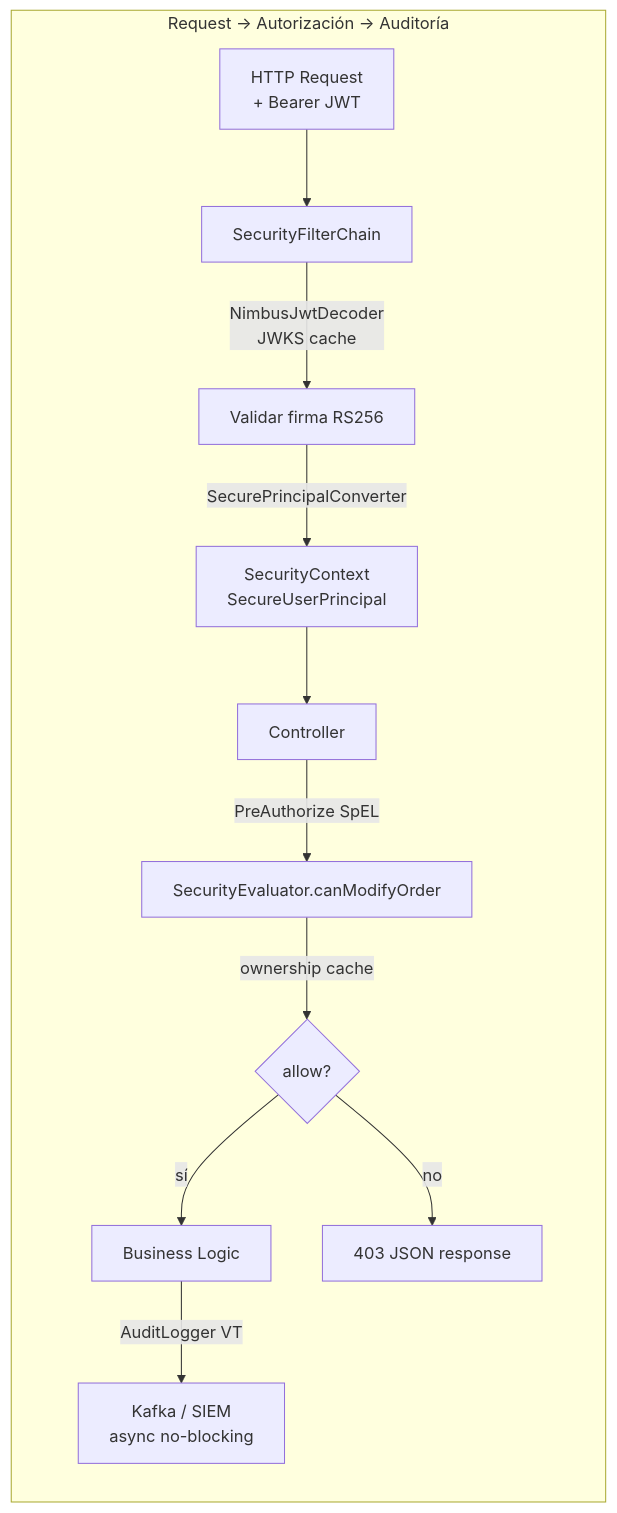
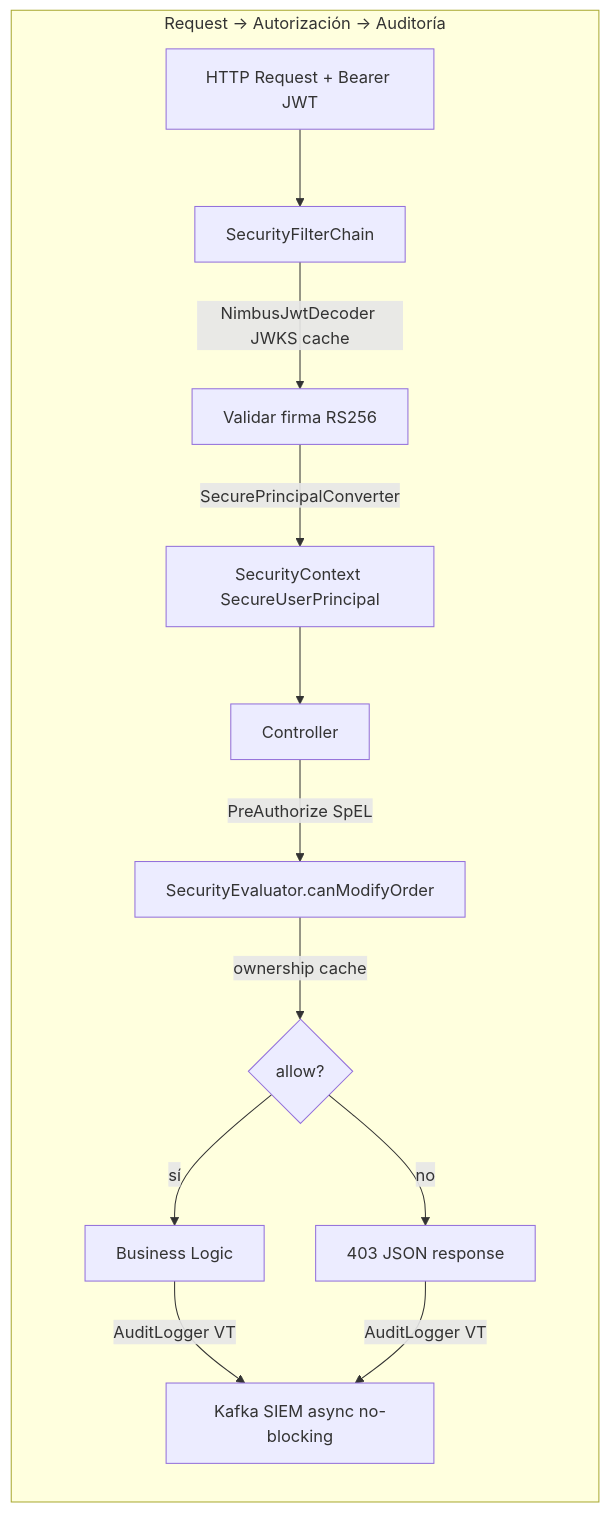
One commit to Joaquinriosheredia/DAM-Java-Mastery changed the third of 5 diagrams in 03_Spring_Ecosystem/spring_security_6_avanzado_metodo_a_metodo_y_oauth2_resource_server_STAFF.md. Above: the diagram before and after it, drawn with Mermaid. The commit also changed other lines of this file, not shown here.

Commit message:
spring_security_6_avanzado_metodo_a_metodo_y_oauth2_resource_server_STAFF.md

````diff
--- a/03_Spring_Ecosystem/spring_security_6_avanzado_metodo_a_metodo_y_oauth2_resource_server_STAFF.md
+++ b/03_Spring_Ecosystem/spring_security_6_avanzado_metodo_a_metodo_y_oauth2_resource_server_STAFF.md
@@ -406,14 +552,15 @@
 ```mermaid
 graph LR
     subgraph "Request → Autorización → Auditoría"
-        REQ[HTTP Request\n+ Bearer JWT] --> FILTER[SecurityFilterChain]
-        FILTER -->|NimbusJwtDecoder\nJWKS cache| DECODE[Validar firma RS256]
-        DECODE -->|SecurePrincipalConverter| CTX[SecurityContext\nSecureUserPrincipal]
+        REQ[HTTP Request + Bearer JWT] --> FILTER[SecurityFilterChain]
+        FILTER -->|NimbusJwtDecoder JWKS cache| DECODE[Validar firma RS256]
+        DECODE -->|SecurePrincipalConverter| CTX[SecurityContext SecureUserPrincipal]
         CTX --> CTRL[Controller]
         CTRL -->|PreAuthorize SpEL| EVAL[SecurityEvaluator.canModifyOrder]
         EVAL -->|ownership cache| DECISION{allow?}
         DECISION -->|sí| BIZ[Business Logic]
         DECISION -->|no| F403[403 JSON response]
-        BIZ -->|AuditLogger VT| KAFKA[Kafka / SIEM\nasync no-blocking]
+        BIZ -->|AuditLogger VT| KAFKA[Kafka SIEM async no-blocking]
+        F403 -->|AuditLogger VT| KAFKA
     end
 ```
````
